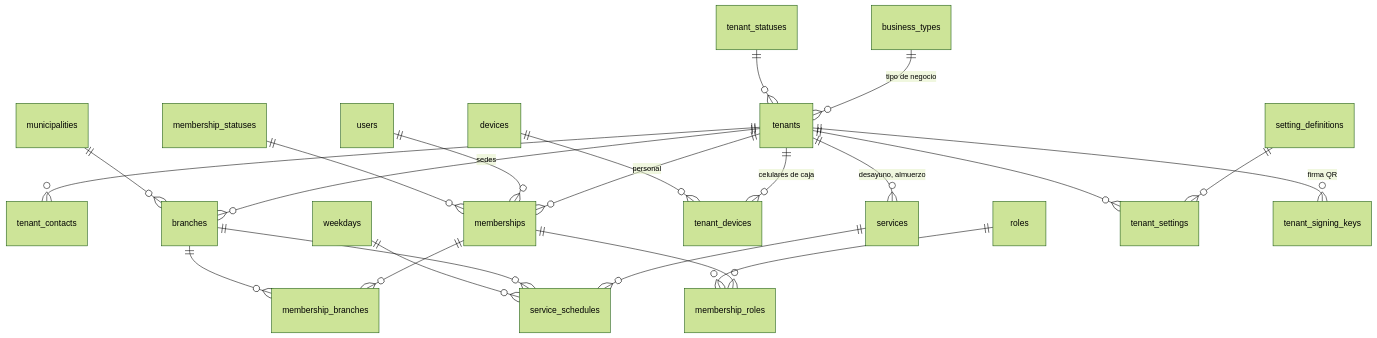
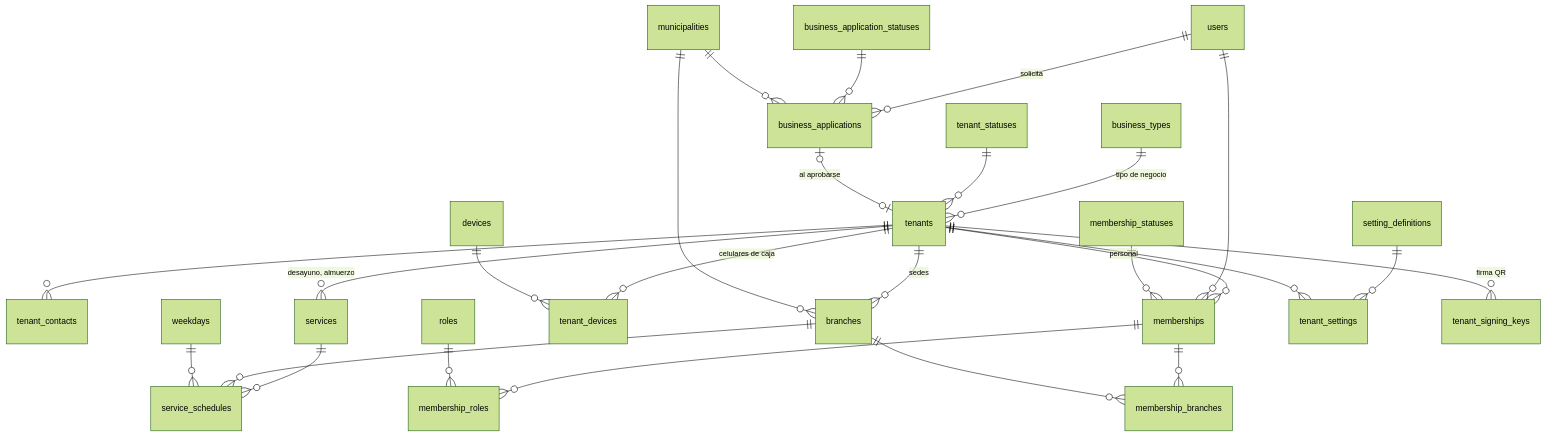
One commit to Yadirtf/VECI changed the diagram in docs/arquitectura/modelo-datos/02-comercios-y-sedes.md. Above: the diagram before and after it, drawn with Mermaid (forest theme). The commit also changed other lines of this file and 4 other files, not shown here.

````diff
--- a/docs/arquitectura/modelo-datos/02-comercios-y-sedes.md
+++ b/docs/arquitectura/modelo-datos/02-comercios-y-sedes.md
@@ -7,24 +7,28 @@
 ```mermaid
 erDiagram
     business_types ||--o{ tenants : "tipo de negocio"
     tenant_statuses ||--o{ tenants : ""
     tenants ||--o{ tenant_contacts : ""
     tenants ||--o{ branches : "sedes"
     municipalities ||--o{ branches : ""
     tenants ||--o{ memberships : "personal"
     users ||--o{ memberships : ""
     membership_statuses ||--o{ memberships : ""
     memberships ||--o{ membership_roles : ""
     roles ||--o{ membership_roles : ""
     memberships ||--o{ membership_branches : ""
     branches ||--o{ membership_branches : ""
     tenants ||--o{ tenant_devices : "celulares de caja"
     devices ||--o{ tenant_devices : ""
     tenants ||--o{ services : "desayuno, almuerzo"
     services ||--o{ service_schedules : ""
     branches ||--o{ service_schedules : ""
     weekdays ||--o{ service_schedules : ""
     setting_definitions ||--o{ tenant_settings : ""
     tenants ||--o{ tenant_settings : ""
     tenants ||--o{ tenant_signing_keys : "firma QR"
+    users ||--o{ business_applications : "solicita"
+    business_application_statuses ||--o{ business_applications : ""
+    municipalities ||--o{ business_applications : ""
+    business_applications |o--o| tenants : "al aprobarse"
 ```
````
